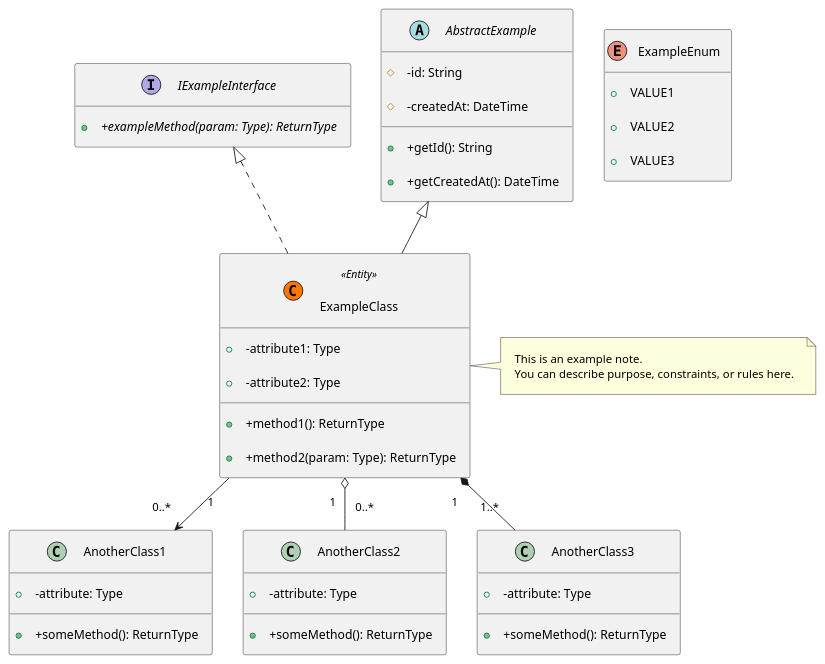
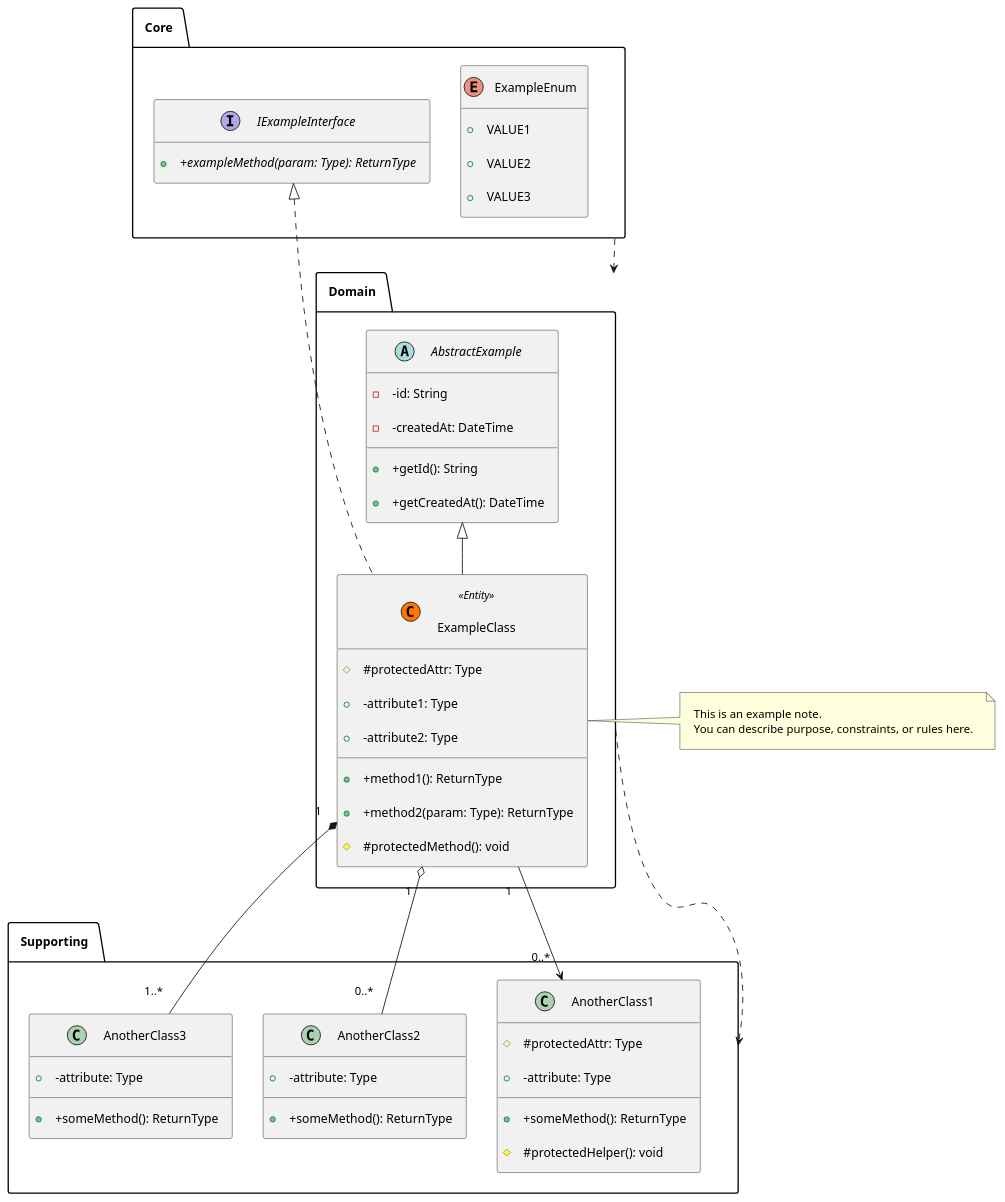
One commit to andikatjacobdennis/UML changed the diagram in class/plantuml_class.puml. Above: the diagram before and after it, drawn with PlantUML. The commit also changed 1 other file, not shown here.

Commit message:
Updated class diagram

```diff
--- a/class/plantuml_class.puml
+++ b/class/plantuml_class.puml
@@ -1,87 +1,104 @@
 @startuml
 ' ================================
 ' UML Template: Key Features
 ' ================================
 
-skinparam linetype polyline
+'skinparam linetype polyline
 skinparam Shadowing false
 skinparam Padding 10
 skinparam NodePadding 10
 skinparam ComponentPadding 10
 
 hide empty members
 
 ' -------------------------------
-' Enumerations
+' Packages
 ' -------------------------------
-enum ExampleEnum {
-    + VALUE1
-    + VALUE2
-    + VALUE3
+package "Core" {
+    ' -------------------------------
+    ' Enumerations
+    ' -------------------------------
+    enum ExampleEnum {
+        + VALUE1
+        + VALUE2
+        + VALUE3
+    }
+
+    ' -------------------------------
+    ' Interfaces
+    ' -------------------------------
+    interface IExampleInterface {
+        + {abstract} +exampleMethod(param: Type): ReturnType
+    }
 }
 
-' -------------------------------
-' Interfaces
-' -------------------------------
-interface IExampleInterface {
-    + {abstract} +exampleMethod(param: Type): ReturnType
+package "Domain" {
+    ' -------------------------------
+    ' Abstract Classes
+    ' -------------------------------
+    abstract class AbstractExample {
+        - -id: String
+        - -createdAt: DateTime
+        + +getId(): String
+        + +getCreatedAt(): DateTime
+    }
+
+    ' -------------------------------
+    ' Classes
+    ' -------------------------------
+    class ExampleClass << (C,#FF7700) Entity >> {
+        # #protectedAttr: Type
+        + -attribute1: Type
+        + -attribute2: Type
+        + +method1(): ReturnType
+        + +method2(param: Type): ReturnType
+        # #protectedMethod(): void
+    }
 }
 
-' -------------------------------
-' Abstract Classes
-' -------------------------------
-abstract class AbstractExample {
-    # -id: String
-    # -createdAt: DateTime
-    + +getId(): String
-    + +getCreatedAt(): DateTime
-}
+package "Supporting" {
+    class AnotherClass1 {
+        # #protectedAttr: Type
+        + -attribute: Type
+        + +someMethod(): ReturnType
+        # #protectedHelper(): void
+    }
 
-' -------------------------------
-' Classes
-' -------------------------------
-class ExampleClass << (C,#FF7700) Entity >> {
-    + -attribute1: Type
-    + -attribute2: Type
-    + +method1(): ReturnType
-    + +method2(param: Type): ReturnType
-}
+    class AnotherClass2 {
+        + -attribute: Type
+        + +someMethod(): ReturnType
+    }
 
-class AnotherClass1 {
-    + -attribute: Type
-    + +someMethod(): ReturnType
-}
-
-class AnotherClass2 {
-    + -attribute: Type
-    + +someMethod(): ReturnType
-}
-
-class AnotherClass3 {
-    + -attribute: Type
-    + +someMethod(): ReturnType
+    class AnotherClass3 {
+        + -attribute: Type
+        + +someMethod(): ReturnType
+    }
 }
 
 ' -------------------------------
 ' Relationships
 ' -------------------------------
 ' Inheritance
 AbstractExample <|-- ExampleClass
 IExampleInterface <|.. ExampleClass
 
 ' Association
 ExampleClass "1" --> "0..*" AnotherClass1
 
 ' Aggregation (hollow diamond)
 ExampleClass "1" o-- "0..*" AnotherClass2
 
 ' Composition (filled diamond)
 ExampleClass "1" *-- "1..*" AnotherClass3
 
+' Package dependencies
+Core ..> Domain
+Domain ..> Supporting
+
 ' Notes
 note right of ExampleClass
   This is an example note.
   You can describe purpose, constraints, or rules here.
 end note
 
 @enduml
```
